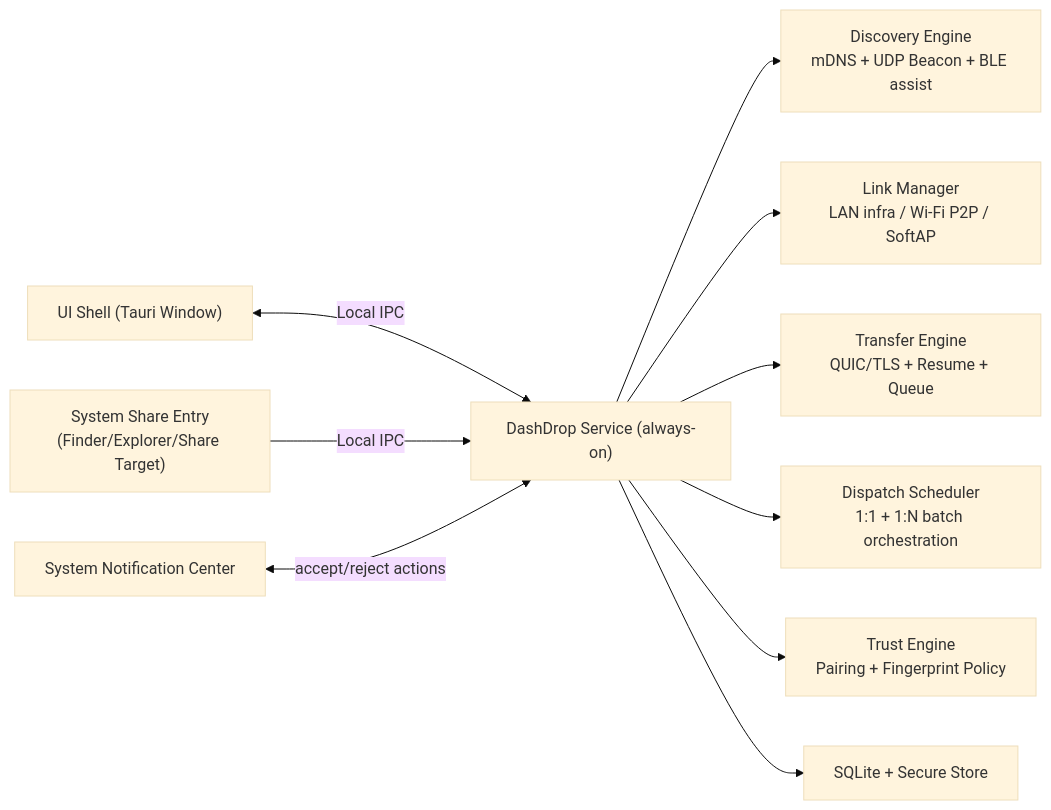
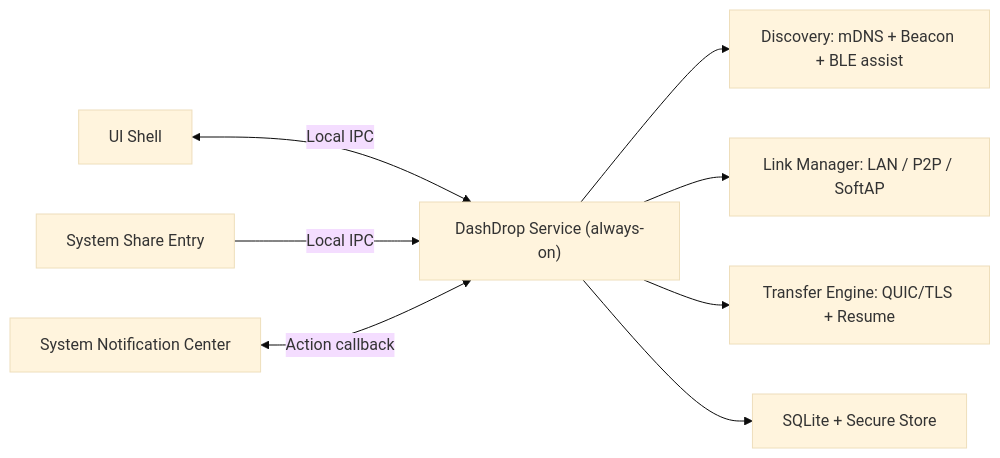
Before and after one commit to yangcandoit/DashDrop: the diagram in docs/AIRDROP_SEAMLESS_EXPERIENCE_DESIGN.md, drawn with Mermaid (base theme). The commit also changed other lines of this file and 5 other files, not shown here.

Commit message:
docs: reconcile AirDrop target design and cross-doc consistency

````diff
--- a/docs/AIRDROP_SEAMLESS_EXPERIENCE_DESIGN.md
+++ b/docs/AIRDROP_SEAMLESS_EXPERIENCE_DESIGN.md
@@ -62,12 +60,10 @@
 ```mermaid
 flowchart LR
-  UI["UI Shell (Tauri Window)"] <-->|"Local IPC"| DAEMON["DashDrop Service (always-on)"]
-  SHARE["System Share Entry\n(Finder/Explorer/Share Target)"] -->|"Local IPC"| DAEMON
-  NOTIFY["System Notification Center"] <-->|"accept/reject actions"| DAEMON
-  DAEMON --> DISC["Discovery Engine\nmDNS + UDP Beacon + BLE assist"]
-  DAEMON --> LINK["Link Manager\nLAN infra / Wi‑Fi P2P / SoftAP"]
-  DAEMON --> TRANS["Transfer Engine\nQUIC/TLS + Resume + Queue"]
-  DAEMON --> SCHED["Dispatch Scheduler\n1:1 + 1:N batch orchestration"]
-  DAEMON --> TRUST["Trust Engine\nPairing + Fingerprint Policy"]
+  UI["UI Shell"] <-->|"Local IPC"| DAEMON["DashDrop Service (always-on)"]
+  SHARE["System Share Entry"] -->|"Local IPC"| DAEMON
+  NOTIFY["System Notification Center"] <-->|"Action callback"| DAEMON
+  DAEMON --> DISC["Discovery: mDNS + Beacon + BLE assist"]
+  DAEMON --> LINK["Link Manager: LAN / P2P / SoftAP"]
+  DAEMON --> TRANS["Transfer Engine: QUIC/TLS + Resume"]
   DAEMON --> STORE["SQLite + Secure Store"]
 ```
````
